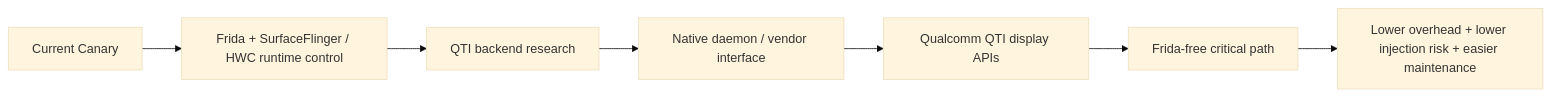
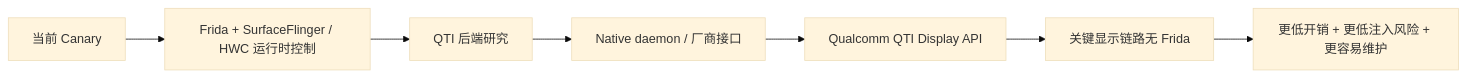
Before and after one commit to Kimuinaii/OPlusAutoHR: the third of 3 diagrams in README.md, drawn with Mermaid (base theme). The commit also changed other lines of this file and 3 other files, not shown here.

````diff
--- a/README.md
+++ b/README.md
@@ -269,9 +273,9 @@
 ```mermaid
 flowchart LR
-    A[Current Canary] --> B[Frida + SurfaceFlinger / HWC runtime control]
-    B --> C[QTI backend research]
-    C --> D[Native daemon / vendor interface]
-    D --> E[Qualcomm QTI display APIs]
-    E --> F[Frida-free critical path]
-    F --> G[Lower overhead + lower injection risk + easier maintenance]
+    A[当前 Canary] --> B[Frida + SurfaceFlinger / HWC 运行时控制]
+    B --> C[QTI 后端研究]
+    C --> D[Native daemon / 厂商接口]
+    D --> E[Qualcomm QTI Display API]
+    E --> F[关键显示链路无 Frida]
+    F --> G[更低开销 + 更低注入风险 + 更容易维护]
 ```
````
